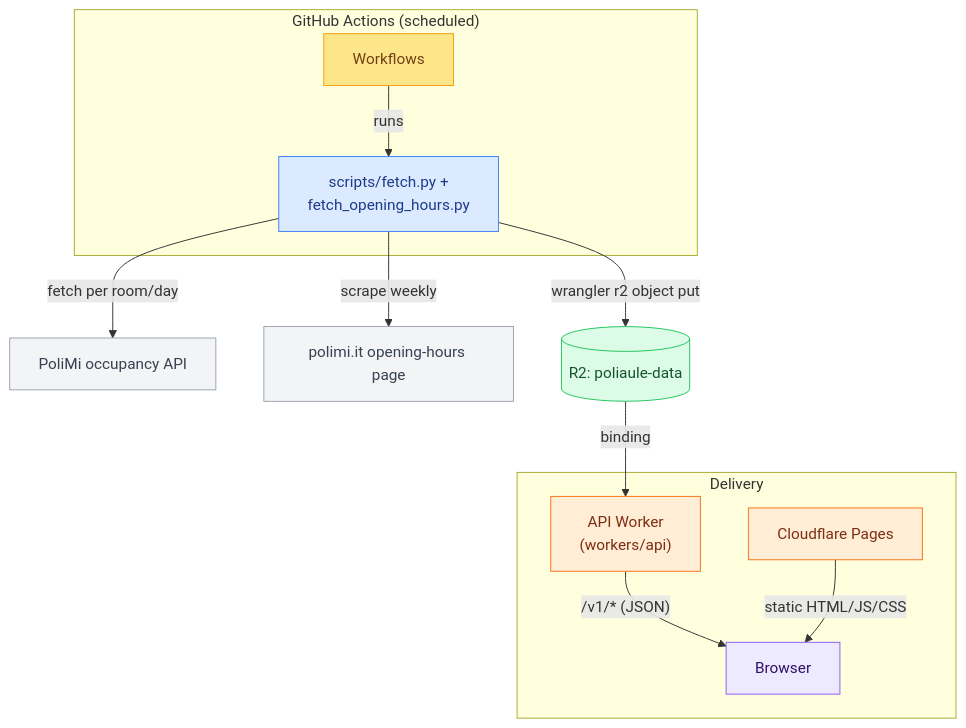
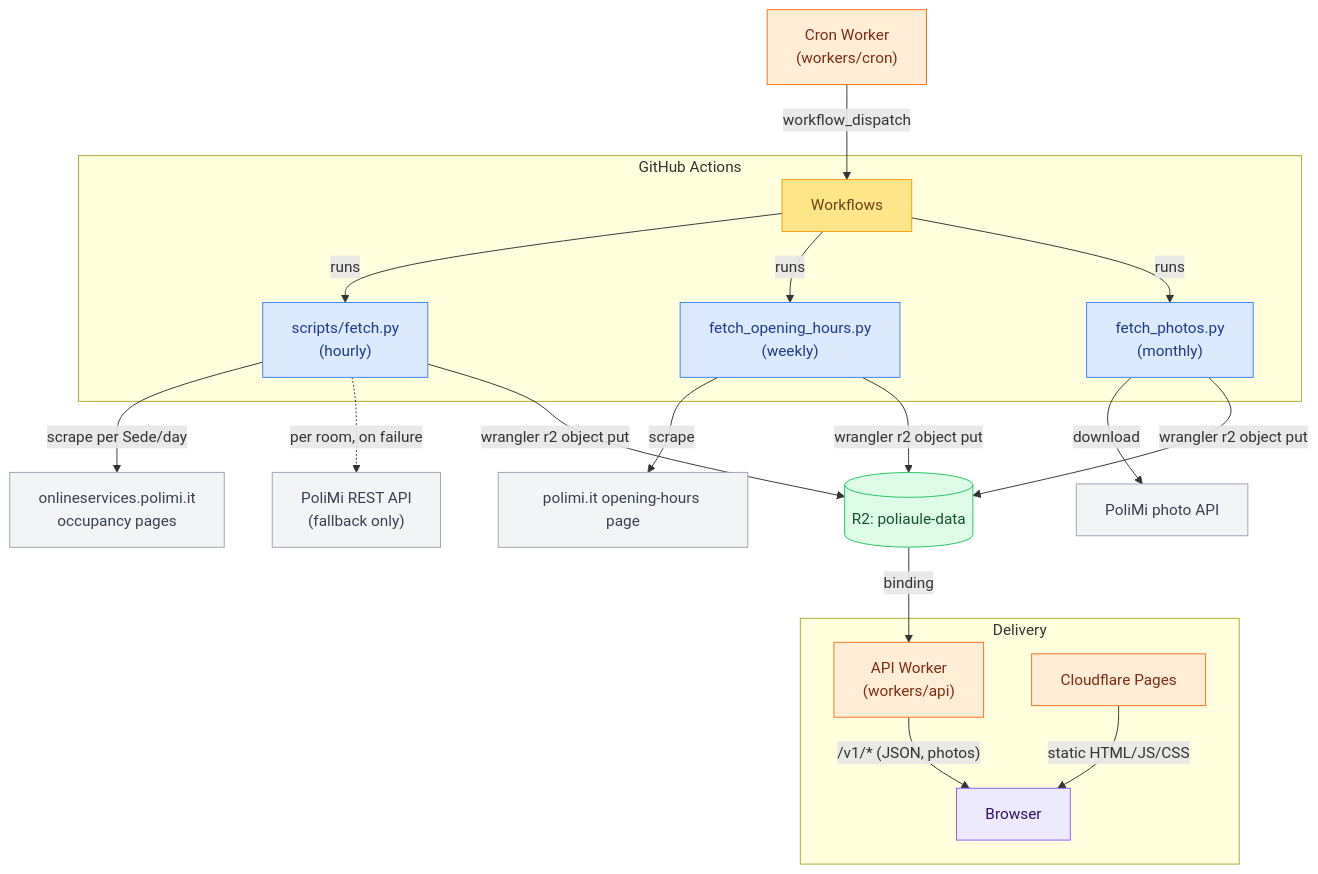
One commit to SummaCristian/PoliAule changed the first of 4 diagrams in docs/architecture.md. Above: the diagram before and after it, drawn with Mermaid. The commit also changed other lines of this file and 2 other files, not shown here.

````diff
--- a/docs/architecture.md
+++ b/docs/architecture.md
@@ -9,32 +9,45 @@
 ```mermaid
 graph TD
     classDef ci fill:#fde68a,stroke:#f59e0b,color:#713f12
     classDef py fill:#dbeafe,stroke:#3b82f6,color:#1e3a8a
     classDef api fill:#f3f4f6,stroke:#9ca3af,color:#374151
     classDef store fill:#dcfce7,stroke:#22c55e,color:#14532d
     classDef cf fill:#ffedd5,stroke:#f97316,color:#7c2d12
     classDef browser fill:#ede9fe,stroke:#8b5cf6,color:#2e1065
 
-    subgraph CI ["GitHub Actions (scheduled)"]
+    CRON["Cron Worker<br/>(workers/cron)"]:::cf
+
+    subgraph CI ["GitHub Actions"]
         GHA["Workflows"]:::ci
-        PY["scripts/fetch.py +<br/>fetch_opening_hours.py"]:::py
+        PY["scripts/fetch.py<br/>(hourly)"]:::py
+        PYOH["fetch_opening_hours.py<br/>(weekly)"]:::py
+        PYPH["fetch_photos.py<br/>(monthly)"]:::py
     end
 
-    POLIMI_API["PoliMi occupancy API"]:::api
+    POLIMI_PAGE_OCC["onlineservices.polimi.it<br/>occupancy pages"]:::api
+    POLIMI_API["PoliMi REST API<br/>(fallback only)"]:::api
     POLIMI_PAGE["polimi.it opening-hours page"]:::api
+    POLIMI_PHOTO["PoliMi photo API"]:::api
     R2[("R2: poliaule-data")]:::store
 
     subgraph Delivery ["Delivery"]
         WORKER["API Worker<br/>(workers/api)"]:::cf
         PAGES["Cloudflare Pages"]:::cf
         BROWSER["Browser"]:::browser
     end
 
+    CRON -->|workflow_dispatch| GHA
     GHA -->|runs| PY
-    PY -->|fetch per room/day| POLIMI_API
-    PY -->|scrape weekly| POLIMI_PAGE
+    GHA -->|runs| PYOH
+    GHA -->|runs| PYPH
+    PY -->|scrape per Sede/day| POLIMI_PAGE_OCC
+    PY -.->|per room, on failure| POLIMI_API
+    PYOH -->|scrape| POLIMI_PAGE
+    PYPH -->|download| POLIMI_PHOTO
     PY -->|wrangler r2 object put| R2
+    PYOH -->|wrangler r2 object put| R2
+    PYPH -->|wrangler r2 object put| R2
     R2 -->|binding| WORKER
-    WORKER -->|"/v1/* (JSON)"| BROWSER
+    WORKER -->|"/v1/* (JSON, photos)"| BROWSER
     PAGES -->|static HTML/JS/CSS| BROWSER
 ```
````
